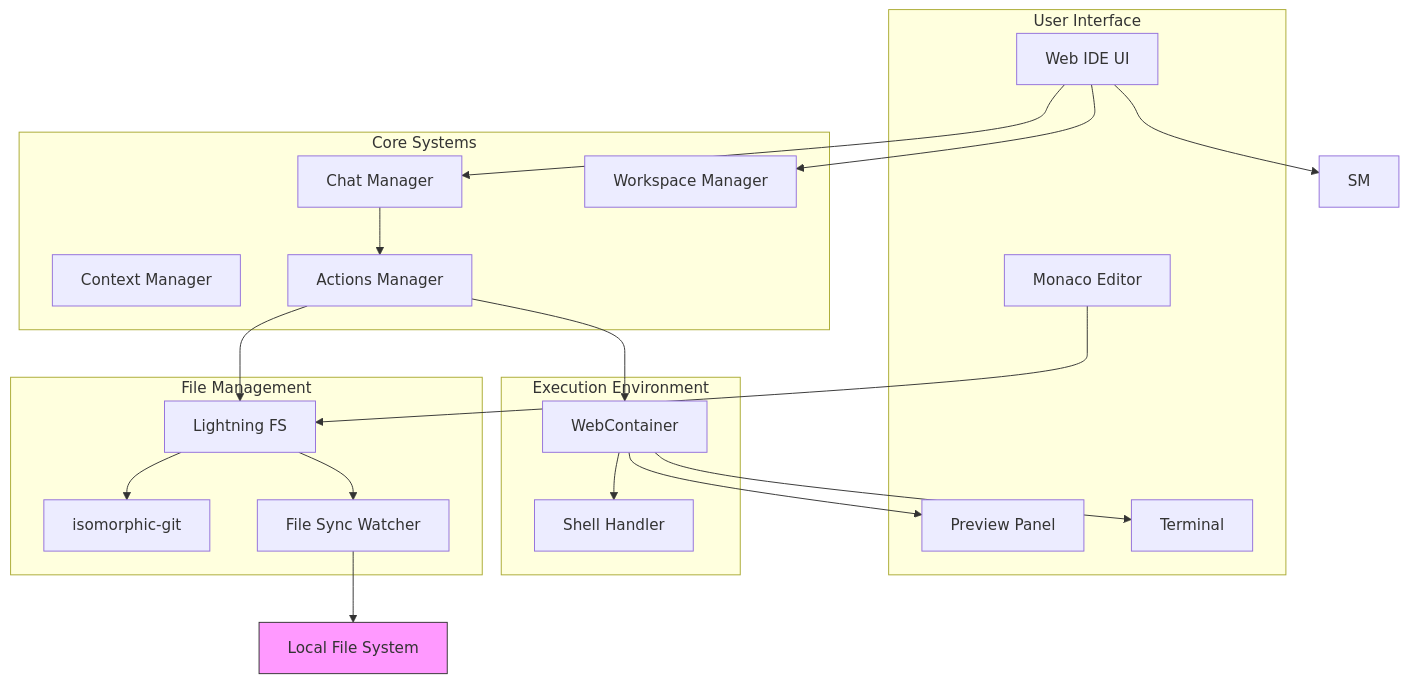
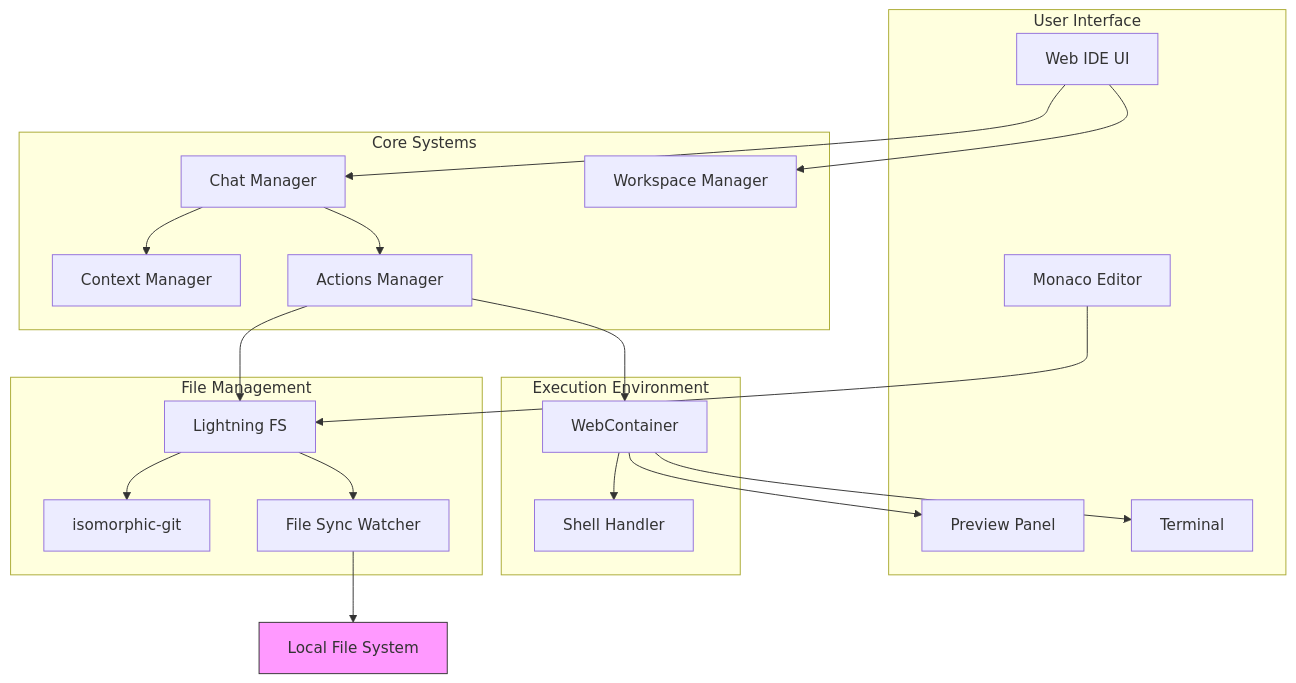
Before and after one commit to mrsimpson/piddie: the first of 17 diagrams in architecture.md, drawn with Mermaid. The commit also changed other lines of this file, not shown here.

````diff
--- a/architecture.md
+++ b/architecture.md
@@ -24,46 +24,46 @@
 ```mermaid
 graph TD
     subgraph "User Interface"
         UI[Web IDE UI]
         ED[Monaco Editor]
         PV[Preview Panel]
         TR[Terminal]
     end
 
     subgraph "Core Systems"
         CHM[Chat Manager]
         CM[Context Manager]
         AM[Actions Manager]
         WM[Workspace Manager]
     end
 
     subgraph "File Management"
         LFS[Lightning FS]
         IG[isomorphic-git]
         FSW[File Sync Watcher]
     end
 
     subgraph "Execution Environment"
         WC[WebContainer]
         SH[Shell Handler]
     end
 
     UI --> CHM
     UI --> WM
-    UI --> SM
     ED --> LFS
     
+    CHM --> CM
     CHM --> AM
     AM --> LFS
     AM --> WC
     
     LFS --> IG
     LFS --> FSW
     FSW --> LocalFS[Local File System]
     
     WC --> SH
     WC --> PV
     WC --> TR
     
     style LocalFS fill:#f9f,stroke:#333
 ```
````
